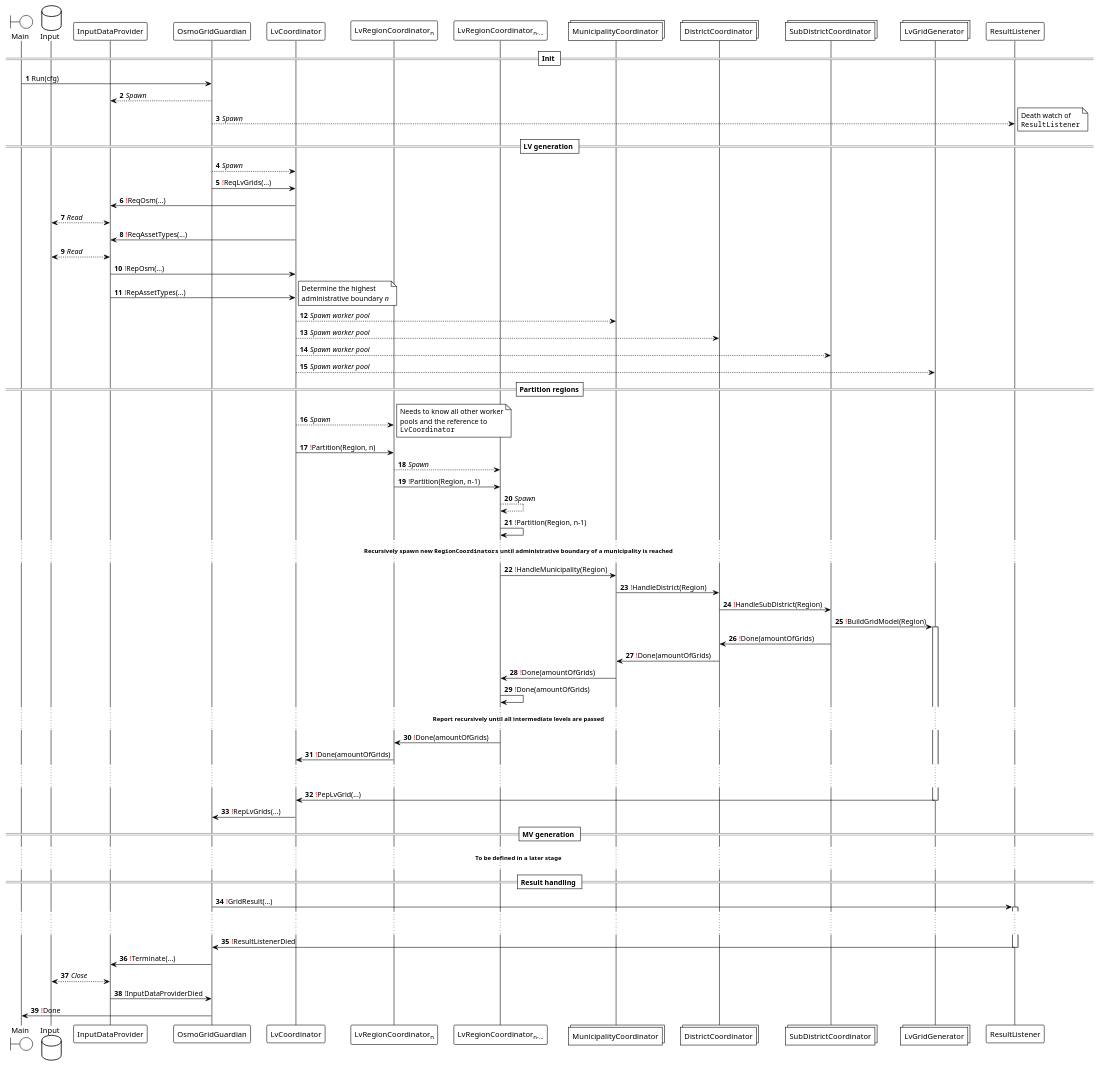
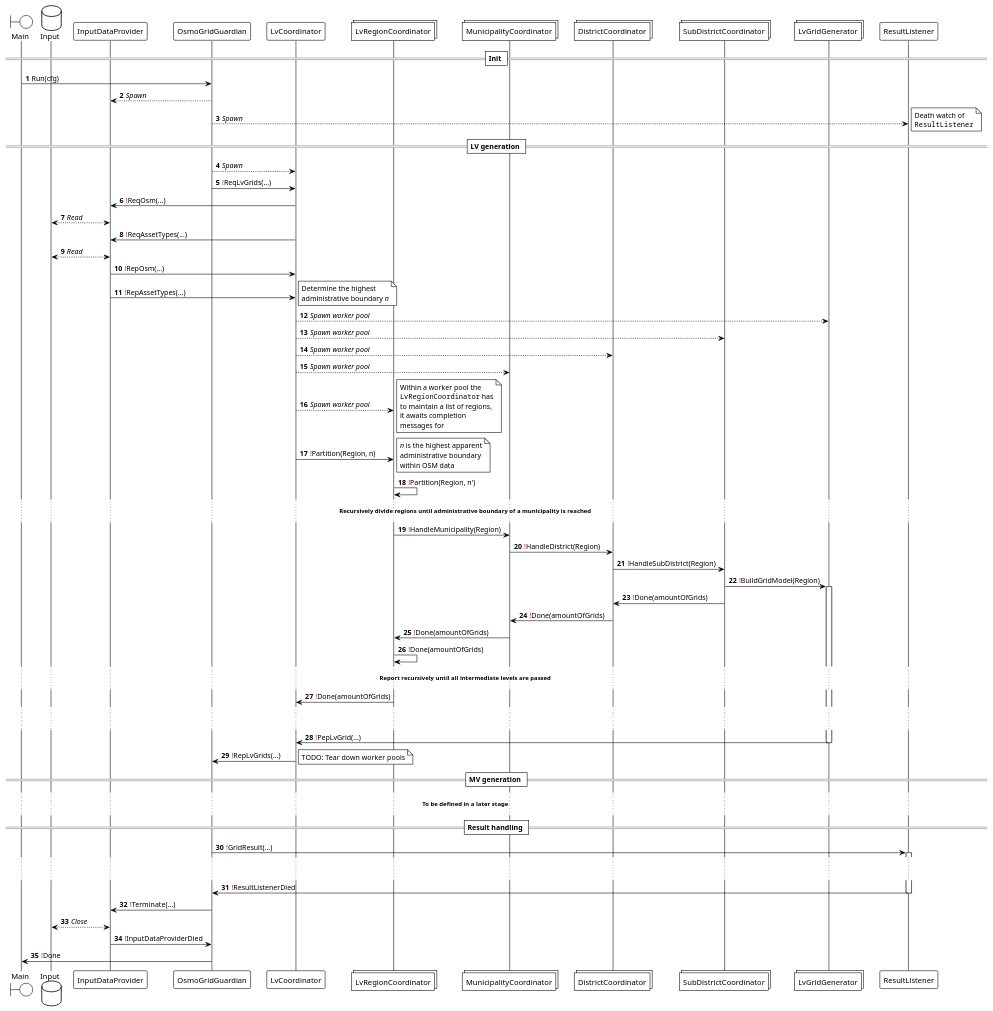
One commit to ie3-institute/OSMoGrid changed the diagram in docs/puml/protocol/protocol.puml. Above: the diagram before and after it, drawn with PlantUML.

Commit message:
Realize region coordinator in worker pool

```diff
--- a/docs/puml/protocol/protocol.puml
+++ b/docs/puml/protocol/protocol.puml
@@ -1,91 +1,87 @@
 @startuml
 'https://plantuml.com/sequence-diagram
 
 !theme plain
 autonumber
 
 boundary Main
 database Input
 participant InputDataProvider
 participant OsmoGridGuardian
 participant LvCoordinator
-participant "LvRegionCoordinator<sub>n</sub>"
-participant "LvRegionCoordinator<sub>n-...</sub>"
+collections LvRegionCoordinator
 collections MunicipalityCoordinator
 collections DistrictCoordinator
 collections SubDistrictCoordinator
 collections LvGridGenerator
 participant ResultListener
 
 == Init ==
 Main -> OsmoGridGuardian: Run(cfg)
 OsmoGridGuardian --> InputDataProvider: //Spawn//
 
 OsmoGridGuardian --> ResultListener: //Spawn//
 note right: Death watch of\n""ResultListener""
 
 == LV generation ==
 OsmoGridGuardian --> LvCoordinator: //Spawn//
 OsmoGridGuardian -> LvCoordinator: <font color="red">!</font>ReqLvGrids(...)
 LvCoordinator -> InputDataProvider: <font color="red">!</font>ReqOsm(...)
 InputDataProvider <--> Input: //Read//
 LvCoordinator -> InputDataProvider: <font color="red">!</font>ReqAssetTypes(...)
 InputDataProvider <--> Input: //Read//
 InputDataProvider -> LvCoordinator: <font color="red">!</font>RepOsm(...)
 InputDataProvider -> LvCoordinator: <font color="red">!</font>RepAssetTypes(...)
 note right: Determine the highest\nadministrative boundary //n//
+LvCoordinator --> LvGridGenerator: //Spawn worker pool//
+LvCoordinator --> SubDistrictCoordinator: //Spawn worker pool//
+LvCoordinator --> DistrictCoordinator: //Spawn worker pool//
 LvCoordinator --> MunicipalityCoordinator: //Spawn worker pool//
-LvCoordinator --> DistrictCoordinator: //Spawn worker pool//
-LvCoordinator --> SubDistrictCoordinator: //Spawn worker pool//
-LvCoordinator --> LvGridGenerator: //Spawn worker pool//
+LvCoordinator --> LvRegionCoordinator: //Spawn worker pool//
+note right: Within a worker pool the\n""LvRegionCoordinator"" has\nto maintain a list of regions,\nit awaits completion\nmessages for
 
-==Partition regions==
-LvCoordinator --> "LvRegionCoordinator<sub>n</sub>": //Spawn//
-note right: Needs to know all other worker\npools and the reference to\n""LvCoordinator""
-LvCoordinator -> "LvRegionCoordinator<sub>n</sub>": <font color="red">!</font>Partition(Region, n)
-"LvRegionCoordinator<sub>n</sub>" --> "LvRegionCoordinator<sub>n-...</sub>": //Spawn//
-"LvRegionCoordinator<sub>n</sub>" -> "LvRegionCoordinator<sub>n-...</sub>": <font color="red">!</font>Partition(Region, n-1)
-"LvRegionCoordinator<sub>n-...</sub>" --> "LvRegionCoordinator<sub>n-...</sub>": //Spawn//
-"LvRegionCoordinator<sub>n-...</sub>" -> "LvRegionCoordinator<sub>n-...</sub>": <font color="red">!</font>Partition(Region, n-1)
-... **Recursively spawn new ""RegionCoordinators"" until administrative boundary of a municipality is reached** ...
+LvCoordinator -> LvRegionCoordinator: <font color="red">!</font>Partition(Region, n)
+note right: //n// is the highest apparent\nadministrative boundary\nwithin OSM data
+LvRegionCoordinator -> LvRegionCoordinator: <font color="red">!</font>Partition(Region, n')
+... **Recursively divide regions until administrative boundary of a municipality is reached** ...
 
-"LvRegionCoordinator<sub>n-...</sub>" -> MunicipalityCoordinator: <font color="red">!</font>HandleMunicipality(Region)
+LvRegionCoordinator -> MunicipalityCoordinator: <font color="red">!</font>HandleMunicipality(Region)
 
 MunicipalityCoordinator -> DistrictCoordinator: <font color="red">!</font>HandleDistrict(Region)
 
 DistrictCoordinator -> SubDistrictCoordinator: <font color="red">!</font>HandleSubDistrict(Region)
 
 SubDistrictCoordinator -> LvGridGenerator: <font color="red">!</font>BuildGridModel(Region)
 
 activate LvGridGenerator
 SubDistrictCoordinator -> DistrictCoordinator: <font color="red">!</font>Done(amountOfGrids)
 DistrictCoordinator -> MunicipalityCoordinator: <font color="red">!</font>Done(amountOfGrids)
-MunicipalityCoordinator -> "LvRegionCoordinator<sub>n-...</sub>": <font color="red">!</font>Done(amountOfGrids)
-"LvRegionCoordinator<sub>n-...</sub>" -> "LvRegionCoordinator<sub>n-...</sub>": <font color="red">!</font>Done(amountOfGrids)
+MunicipalityCoordinator -> LvRegionCoordinator: <font color="red">!</font>Done(amountOfGrids)
+LvRegionCoordinator -> LvRegionCoordinator: <font color="red">!</font>Done(amountOfGrids)
 ... **Report recursively until all intermediate levels are passed** ...
-"LvRegionCoordinator<sub>n-...</sub>" -> "LvRegionCoordinator<sub>n</sub>": <font color="red">!</font>Done(amountOfGrids)
-"LvRegionCoordinator<sub>n</sub>" -> LvCoordinator: <font color="red">!</font>Done(amountOfGrids)
+LvRegionCoordinator -> LvCoordinator: <font color="red">!</font>Done(amountOfGrids)
 ... ...
 LvGridGenerator -> LvCoordinator: <font color="red">!</font>PepLvGrid(...)
 deactivate LvGridGenerator
 
 LvCoordinator -> OsmoGridGuardian: <font color="red">!</font>RepLvGrids(...)
+note right: TODO: Tear down worker pools
 
 == MV generation ==
 ... **To be defined in a later stage** ...
 
 == Result handling ==
 OsmoGridGuardian -> ResultListener: <font color="red">!</font>GridResult(...)
 activate ResultListener
 ... ...
 ResultListener -> OsmoGridGuardian: <font color="red">!</font>ResultListenerDied
 deactivate ResultListener
 OsmoGridGuardian -> InputDataProvider: <font color="red">!</font>Terminate(...)
 InputDataProvider <--> Input: //Close//
 InputDataProvider -> OsmoGridGuardian: <font color="red">!</font>InputDataProviderDied
 
 OsmoGridGuardian -> Main: <font color="red">!</font>Done
 
 'TODO: Don't forget to spawn and initialize the ResultListener
 
 @enduml
```
